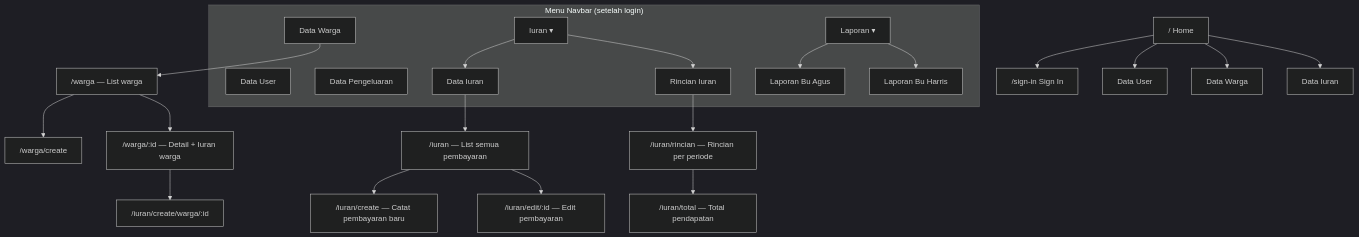
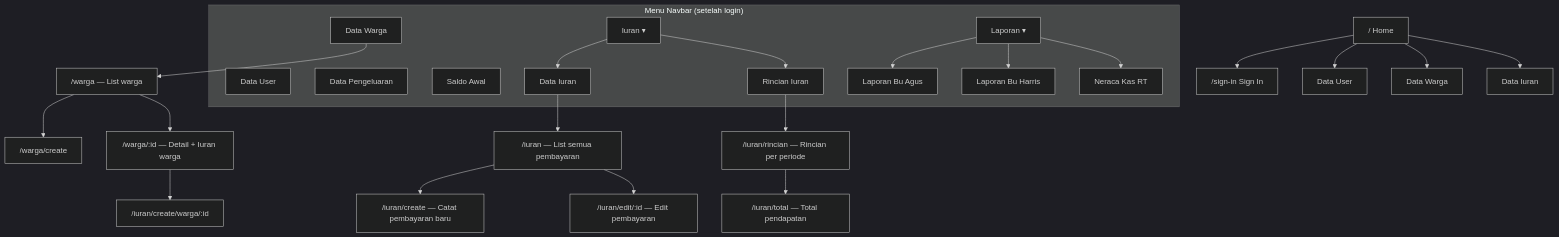
Before and after one commit to alkarim99/api-iuran-rt: the sixth of 7 diagrams in docs/TECHNICAL_REVIEW.md, drawn with Mermaid (dark theme). The commit also changed other lines of this file and 2 other files, not shown here.

````diff
--- a/docs/TECHNICAL_REVIEW.md
+++ b/docs/TECHNICAL_REVIEW.md
@@ -308,31 +315,33 @@
 ```mermaid
 flowchart TD
     HOME["/ Home"] --> SIGNIN["/sign-in Sign In"]
     HOME --> BTN_USER["Data User"]
     HOME --> BTN_WARGA["Data Warga"]
     HOME --> BTN_IURAN["Data Iuran"]
 
     subgraph NAVBAR["Menu Navbar (setelah login)"]
         N_USER["Data User"]
         N_WARGA["Data Warga"]
         N_EXPENSE["Data Pengeluaran"]
+        N_SALDO["Saldo Awal"]
         N_IURAN_DD["Iuran ▾"]
         N_IURAN_DD --> N_DATA_IURAN["Data Iuran"]
         N_IURAN_DD --> N_RINCIAN["Rincian Iuran"]
         N_LAPORAN_DD["Laporan ▾"]
         N_LAPORAN_DD --> N_CASH["Laporan Bu Agus"]
         N_LAPORAN_DD --> N_TRANSFER["Laporan Bu Harris"]
+        N_LAPORAN_DD --> N_NERACA["Neraca Kas RT"]
     end
 
     N_DATA_IURAN --> IURAN_INDEX["/iuran — List semua pembayaran"]
     IURAN_INDEX --> IURAN_CREATE["/iuran/create — Catat pembayaran baru"]
     IURAN_INDEX --> IURAN_EDIT["/iuran/edit/:id — Edit pembayaran"]
 
     N_RINCIAN --> RINCIAN["/iuran/rincian — Rincian per periode"]
     RINCIAN --> TOTAL["/iuran/total — Total pendapatan"]
 
     N_WARGA --> WARGA_INDEX["/warga — List warga"]
     WARGA_INDEX --> WARGA_CREATE["/warga/create"]
     WARGA_INDEX --> WARGA_DETAIL["/warga/:id — Detail + Iuran warga"]
     WARGA_DETAIL --> IURAN_CREATE_WARGA["/iuran/create/warga/:id"]
 ```
````
